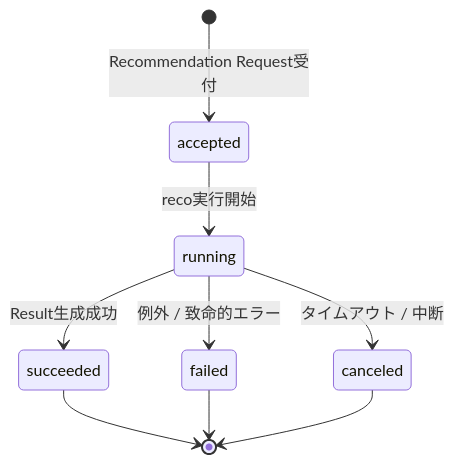
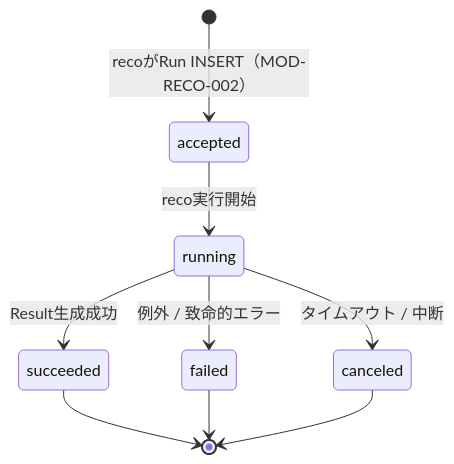
One commit to ryo-chan-k6/GiftRecommendAPP_MVP_CYCLE_3 changed the first of 13 diagrams in docs/05_アプリケーション設計/アプリ/状態遷移設計書.md. Above: the diagram before and after it, drawn with Mermaid. The commit also changed other lines of this file and 15 other files, not shown here.

First line of the commit message:
docs(reco): MOD-RECO-002仕様書の横断整合とexception_scope実装を反映

````diff
--- a/docs/05_アプリケーション設計/アプリ/状態遷移設計書.md
+++ b/docs/05_アプリケーション設計/アプリ/状態遷移設計書.md
@@ -136,13 +136,13 @@
 ```mermaid
 stateDiagram-v2
-    [*] --> accepted: Recommendation Request受付
+    [*] --> accepted: recoがRun INSERT（MOD-RECO-002）
     accepted --> running: reco実行開始
 
     running --> succeeded: Result生成成功
     running --> failed: 例外 / 致命的エラー
     running --> canceled: タイムアウト / 中断
 
     succeeded --> [*]
     failed --> [*]
     canceled --> [*]
 ```
````
